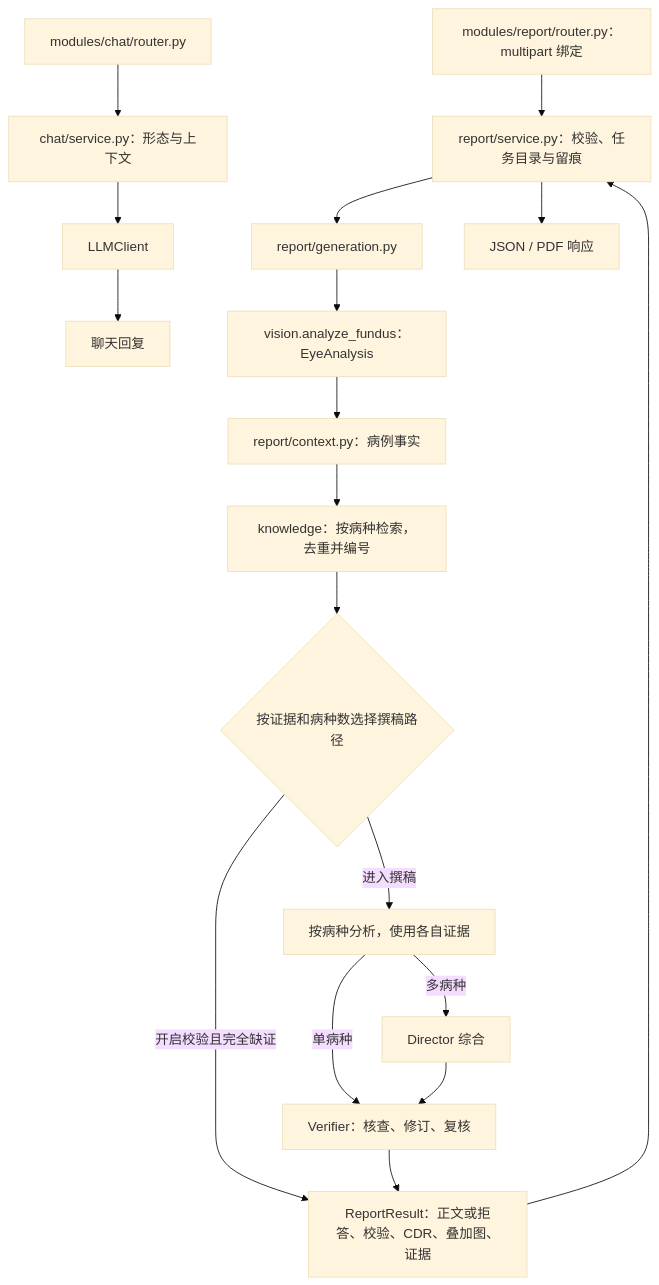
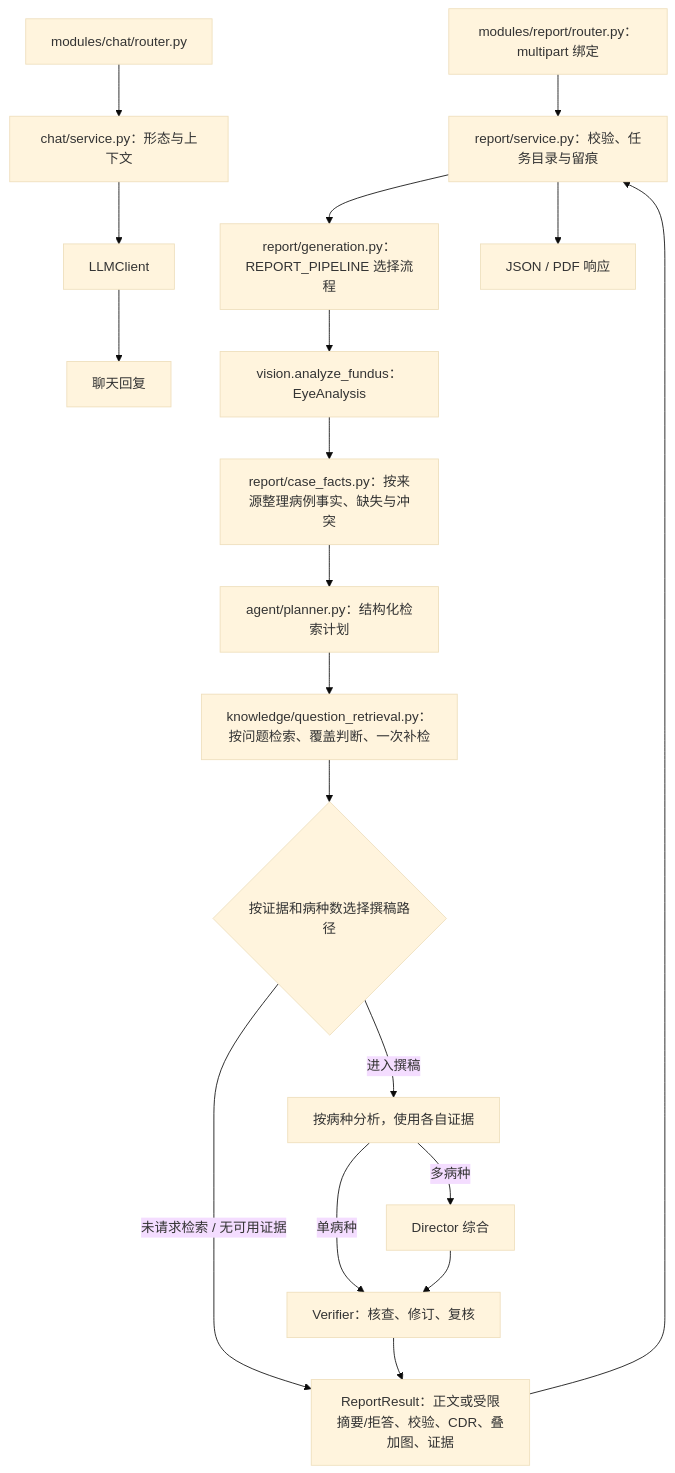
One commit to tpTwof/OcuPanel changed the diagram in backend/README.md. Above: the diagram before and after it, drawn with Mermaid (base theme). The commit also changed other lines of this file and 66 other files, not shown here.

````diff
--- a/backend/README.md
+++ b/backend/README.md
@@ -41,19 +41,20 @@
 ```mermaid
 flowchart TD
   Chat[modules/chat/router.py] --> CS[chat/service.py：形态与上下文]
   CS --> L[LLMClient] --> Reply[聊天回复]
   R[modules/report/router.py：multipart 绑定] --> RS[report/service.py：校验、任务目录与留痕]
-  RS --> G[report/generation.py]
+  RS --> G[report/generation.py：REPORT_PIPELINE 选择流程]
   G --> V[vision.analyze_fundus：EyeAnalysis]
-  V --> C[report/context.py：病例事实]
-  C --> K[knowledge：按病种检索，去重并编号]
+  V --> C[report/case_facts.py：按来源整理病例事实、缺失与冲突]
+  C --> P[agent/planner.py：结构化检索计划]
+  P --> K[knowledge/question_retrieval.py：按问题检索、覆盖判断、一次补检]
   K --> Gd{按证据和病种数选择撰稿路径}
-  Gd -->|开启校验且完全缺证| Result
+  Gd -->|未请求检索 / 无可用证据| Result
   Gd -->|进入撰稿| S[按病种分析，使用各自证据]
   S -->|多病种| D[Director 综合]
   S -->|单病种| Q
   D --> Q[Verifier：核查、修订、复核]
-  Q --> Result[ReportResult：正文或拒答、校验、CDR、叠加图、证据]
+  Q --> Result[ReportResult：正文或受限摘要/拒答、校验、CDR、叠加图、证据]
   Result --> RS
   RS --> Output[JSON / PDF 响应]
 ```
````
